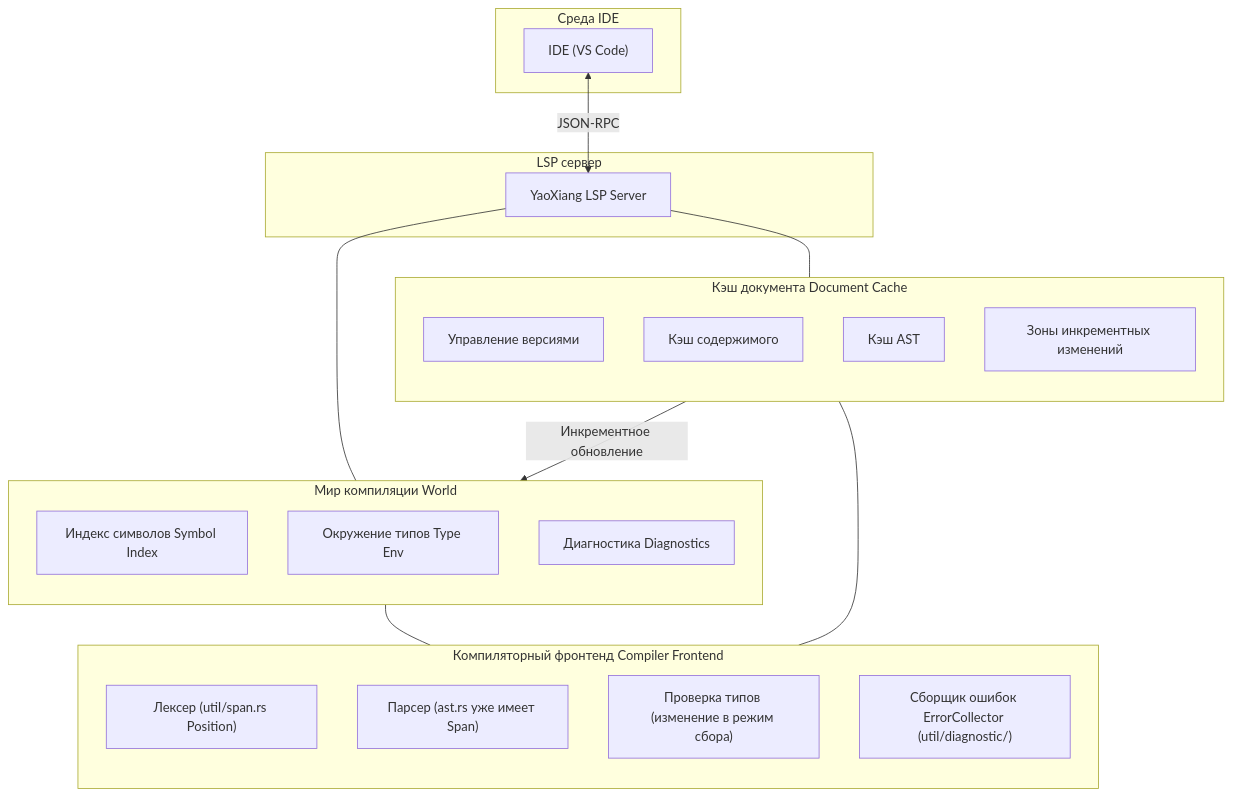
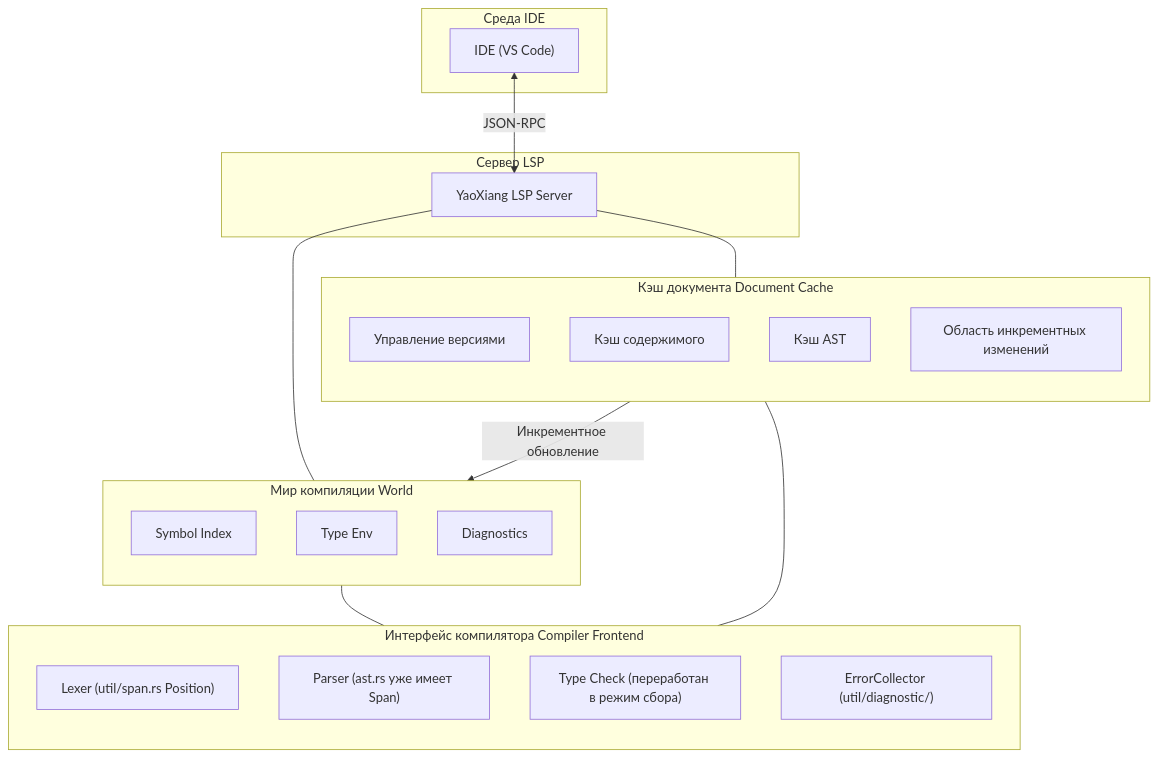
The diagram in docs/src/ru/design/rfc/accepted/017-lsp-support.md (ChenXu233/YaoXiang), drawn with Mermaid before and after one commit. The commit also changed other lines of this file and 358 other files, not shown here.

````diff
--- a/docs/src/ru/design/rfc/accepted/017-lsp-support.md
+++ b/docs/src/ru/design/rfc/accepted/017-lsp-support.md
@@ -138,43 +138,43 @@
 ```mermaid
 flowchart TD
     subgraph IDE_Environment [Среда IDE]
         IDE["IDE (VS Code)"]
     end
 
-    subgraph LSP_Server [LSP сервер]
+    subgraph LSP_Server [Сервер LSP]
         LSP["YaoXiang LSP Server"]
     end
 
     subgraph World_Compile [Мир компиляции World]
         direction TB
-        W_Symbol["Индекс символов Symbol Index"]
-        W_Type["Окружение типов Type Env"]
-        W_Diag["Диагностика Diagnostics"]
+        W_Symbol["Symbol Index"]
+        W_Type["Type Env"]
+        W_Diag["Diagnostics"]
     end
 
     subgraph Cache [Кэш документа Document Cache]
         direction TB
         C_Version["Управление версиями"]
         C_Content["Кэш содержимого"]
         C_AST["Кэш AST"]
-        C_Delta["Зоны инкрементных изменений"]
+        C_Delta["Область инкрементных изменений"]
     end
 
-    subgraph Frontend [Компиляторный фронтенд Compiler Frontend]
+    subgraph Frontend [Интерфейс компилятора Compiler Frontend]
         direction TB
-        F_Lexer["Лексер (util/span.rs Position)"]
-        F_Parser["Парсер (ast.rs уже имеет Span)"]
-        F_TypeCheck["Проверка типов (изменение в режим сбора)"]
-        F_ErrorCollector["Сборщик ошибок ErrorCollector (util/diagnostic/)"]
+        F_Lexer["Lexer (util/span.rs Position)"]
+        F_Parser["Parser (ast.rs уже имеет Span)"]
+        F_TypeCheck["Type Check (переработан в режим сбора)"]
+        F_ErrorCollector["ErrorCollector (util/diagnostic/)"]
     end
 
     IDE <-->|JSON-RPC| LSP
 
     LSP --- World_Compile
     LSP --- Cache
 
     Cache -- "Инкрементное обновление" --> World_Compile
 
     World_Compile --- Frontend
     Cache --- Frontend
 ```
````
